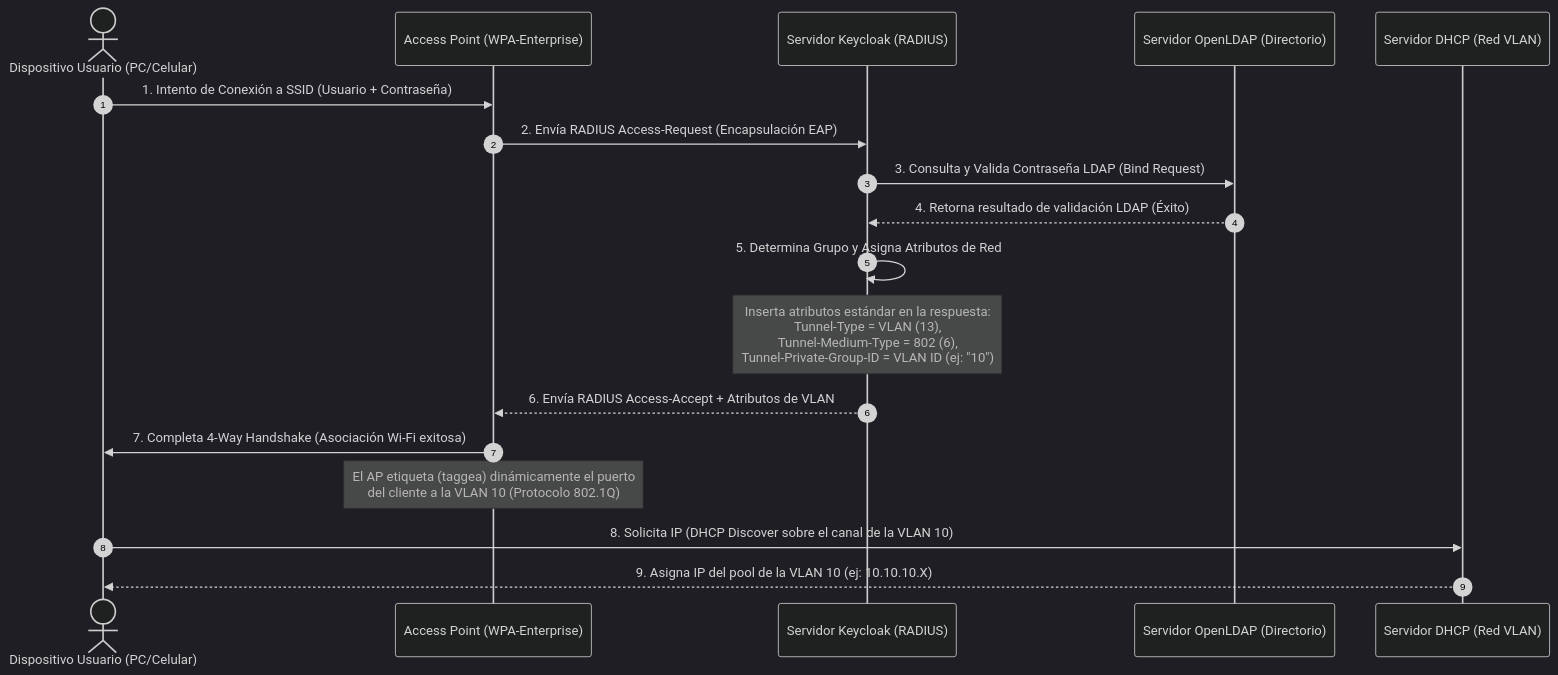
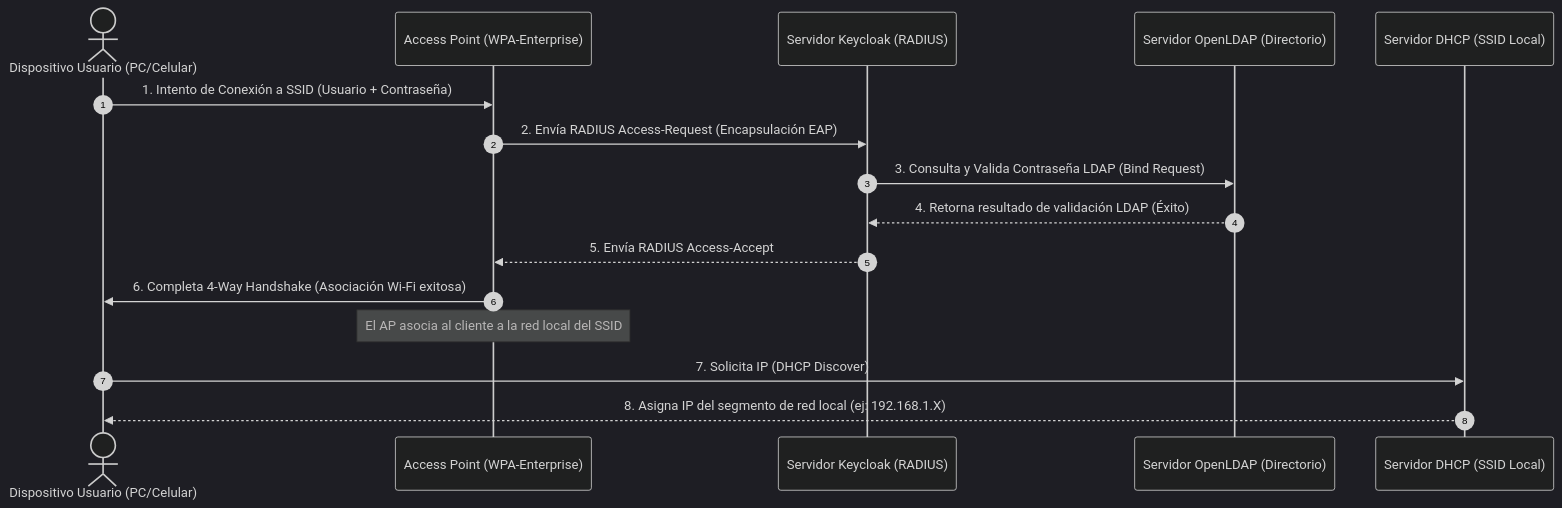
One commit to cplazaibarra/keycloak-ldap-fg changed the third of 3 diagrams in keycloak-radius-system-doc.md. Above: the diagram before and after it, drawn with Mermaid (dark theme). The commit also changed other lines of this file, not shown here.

Commit message:
Updated Wi-Fi flow diagram to be standard 802.1X without 802.1Q VLAN assignment

````diff
--- a/keycloak-radius-system-doc.md
+++ b/keycloak-radius-system-doc.md
@@ -204,21 +204,19 @@
 ```mermaid
 sequenceDiagram
     autonumber
     actor User as Dispositivo Usuario (PC/Celular)
     participant AP as Access Point (WPA-Enterprise)
     participant KC as Servidor Keycloak (RADIUS)
     participant LDAP as Servidor OpenLDAP (Directorio)
-    participant DHCP as Servidor DHCP (Red VLAN)
+    participant DHCP as Servidor DHCP (SSID Local)
 
     User->>AP: 1. Intento de Conexión a SSID (Usuario + Contraseña)
     AP->>KC: 2. Envía RADIUS Access-Request (Encapsulación EAP)
     KC->>LDAP: 3. Consulta y Valida Contraseña LDAP (Bind Request)
     LDAP-->>KC: 4. Retorna resultado de validación LDAP (Éxito)
-    KC->>KC: 5. Determina Grupo y Asigna Atributos de Red
-    Note over KC: Inserta atributos estándar en la respuesta:<br/>Tunnel-Type = VLAN (13),<br/>Tunnel-Medium-Type = 802 (6),<br/>Tunnel-Private-Group-ID = VLAN ID (ej: "10")
-    KC-->>AP: 6. Envía RADIUS Access-Accept + Atributos de VLAN
-    AP->>User: 7. Completa 4-Way Handshake (Asociación Wi-Fi exitosa)
-    Note over AP: El AP etiqueta (taggea) dinámicamente el puerto<br/>del cliente a la VLAN 10 (Protocolo 802.1Q)
-    User->>DHCP: 8. Solicita IP (DHCP Discover sobre el canal de la VLAN 10)
-    DHCP-->>User: 9. Asigna IP del pool de la VLAN 10 (ej: 10.10.10.X)
+    KC-->>AP: 5. Envía RADIUS Access-Accept
+    AP->>User: 6. Completa 4-Way Handshake (Asociación Wi-Fi exitosa)
+    Note over AP: El AP asocia al cliente a la red local del SSID
+    User->>DHCP: 7. Solicita IP (DHCP Discover)
+    DHCP-->>User: 8. Asigna IP del segmento de red local (ej: 192.168.1.X)
 ```
````
